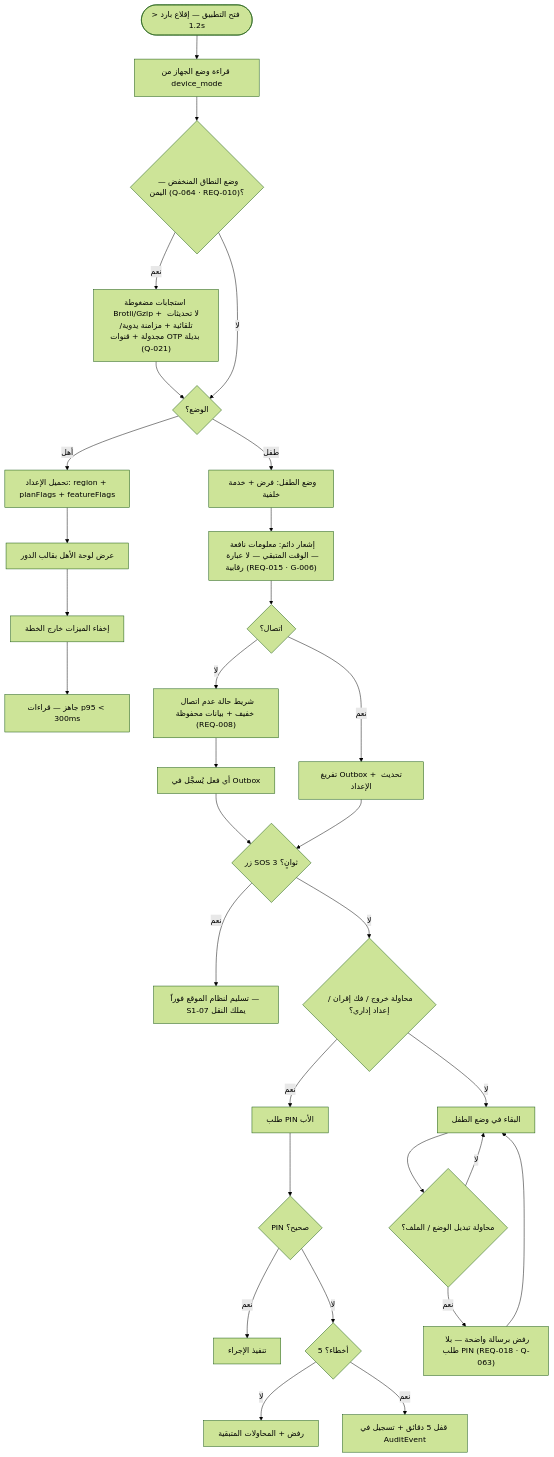
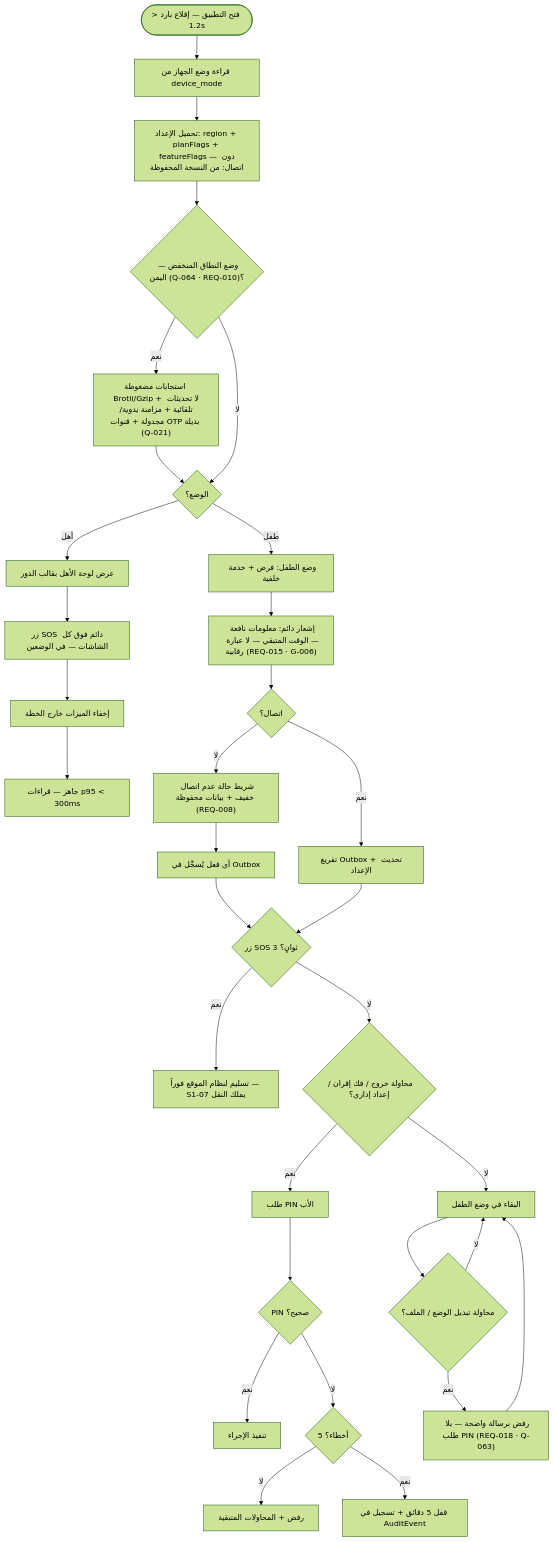
Before and after one commit to Bassam-mohammed-alqaeadi/family-os-v2: diagram 11 of 13 in docs/family-os/governance/phases/phase-1/S1-01-app-shell-and-platform/DIAGRAMS.md, drawn with Mermaid (forest theme). The commit also changed other lines of this file and 3 other files, not shown here.

````diff
--- a/docs/family-os/governance/phases/phase-1/S1-01-app-shell-and-platform/DIAGRAMS.md
+++ b/docs/family-os/governance/phases/phase-1/S1-01-app-shell-and-platform/DIAGRAMS.md
@@ -328,33 +376,34 @@
 ```mermaid
 flowchart TD
     Start([فتح التطبيق — إقلاع بارد < 1.2s]) --> Read[قراءة وضع الجهاز من device_mode]
-    Read --> LowBW{"وضع النطاق المنخفض — اليمن (Q-064 · REQ-010)؟"}
+    Read --> Config[تحميل الإعداد: region + planFlags + featureFlags — دون اتصال: من النسخة المحفوظة]
+    Config --> LowBW{"وضع النطاق المنخفض — اليمن (Q-064 · REQ-010)؟"}
     LowBW -->|نعم| Compress["استجابات مضغوطة Brotli/Gzip + لا تحديثات تلقائية + مزامنة يدوية/مجدولة + قنوات OTP بديلة (Q-021)"]
     Compress --> Mode{الوضع؟}
     LowBW -->|لا| Mode
-    Mode -->|أهل| Config[تحميل الإعداد: region + planFlags + featureFlags]
-    Config --> Render[عرض لوحة الأهل بقالب الدور]
-    Render --> Hide[إخفاء الميزات خارج الخطة]
+    Mode -->|أهل| Render[عرض لوحة الأهل بقالب الدور]
+    Render --> SOSp[زر SOS دائم فوق كل الشاشات — في الوضعين]
+    SOSp --> Hide[إخفاء الميزات خارج الخطة]
     Hide --> Ready[جاهز — قراءات p95 < 300ms]
     Mode -->|طفل| Child[وضع الطفل: فرض + خدمة خلفية]
     Child --> Notif["إشعار دائم: معلومات نافعة — الوقت المتبقي — لا عبارة رقابية (REQ-015 · G-006)"]
     Notif --> Conn{اتصال؟}
     Conn -->|لا| Banner["شريط حالة عدم اتصال خفيف + بيانات محفوظة (REQ-008)"]
     Banner --> Act[أي فعل يُسجَّل في Outbox]
     Conn -->|نعم| Sync[تفريغ Outbox + تحديث الإعداد]
     Act --> SOS{زر SOS 3 ثوانٍ؟}
     Sync --> SOS
     SOS -->|نعم| Send[تسليم لنظام الموقع فوراً — S1-07 يملك النقل]
     SOS -->|لا| Exit{محاولة خروج / فك إقران / إعداد إداري؟}
     Exit -->|نعم| Gate[طلب PIN الأب]
     Gate --> Pin{PIN صحيح؟}
     Pin -->|نعم| Allow[تنفيذ الإجراء]
     Pin -->|لا| Count{5 أخطاء؟}
     Count -->|لا| Retry[رفض + المحاولات المتبقية]
     Count -->|نعم| Lock[قفل 5 دقائق + تسجيل في AuditEvent]
     Exit -->|لا| Stay[البقاء في وضع الطفل]
     Stay --> Switch{محاولة تبديل الوضع / الملف؟}
     Switch -->|نعم| Refuse["رفض برسالة واضحة — بلا طلب PIN (REQ-018 · Q-063)"]
     Refuse --> Stay
     Switch -->|لا| Stay
 ```
````
